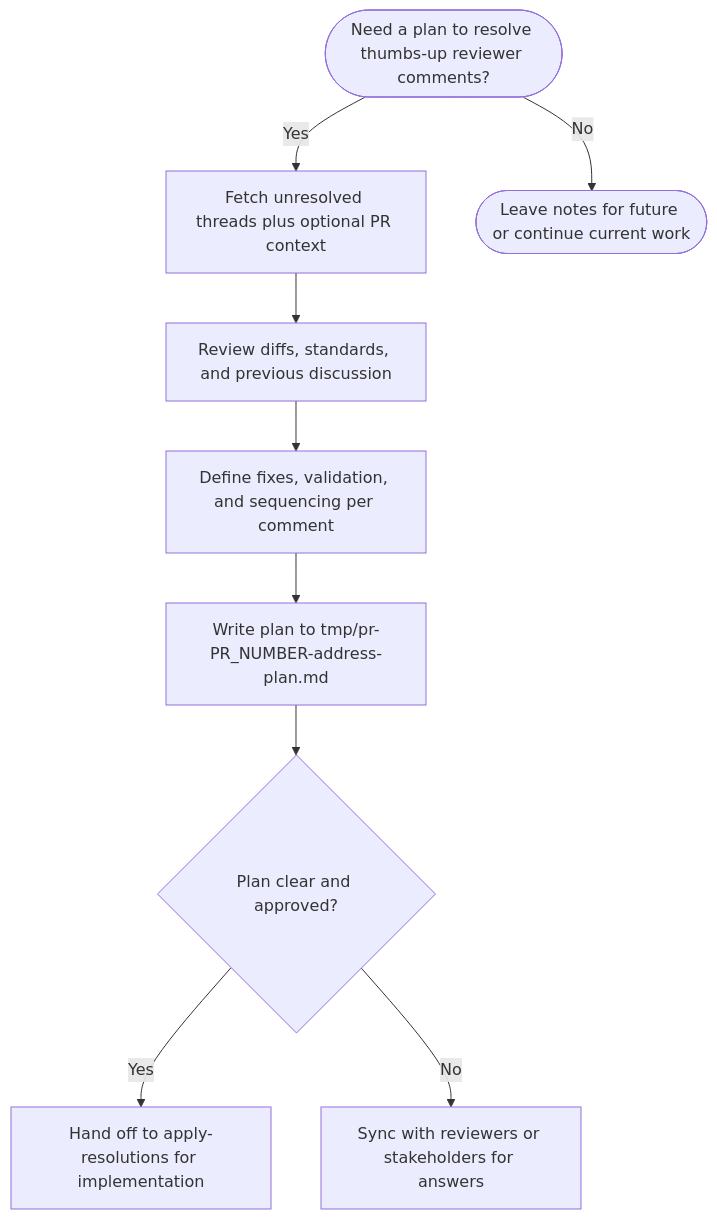
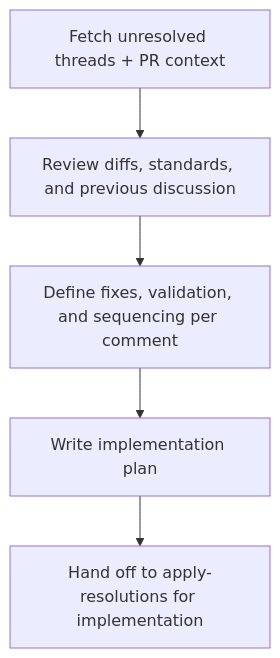
One commit to mkaczkowski/ai-command-library changed the fifth of 6 diagrams in README.md. Above: the diagram before and after it, drawn with Mermaid. The commit also changed other lines of this file, not shown here.

Commit message:
docs: enhance flowcharts in README.md for clarity and readability

````diff
--- a/README.md
+++ b/README.md
@@ -150,11 +148,8 @@
 ```mermaid
 flowchart TD
-    Prompt([Need a plan to resolve thumbs-up reviewer comments?]) -->|Yes| Gather[Fetch unresolved threads plus optional PR context]
+    Gather[Fetch unresolved threads + PR context]
     Gather --> Study[Review diffs, standards, and previous discussion]
     Study --> Strategize[Define fixes, validation, and sequencing per comment]
-    Strategize --> Document[Write plan to tmp/pr-PR_NUMBER-address-plan.md]
-    Document --> Align{Plan clear and approved?}
-    Align -->|Yes| Execute[Hand off to apply-resolutions for implementation]
-    Align -->|No| Clarify[Sync with reviewers or stakeholders for answers]
-    Prompt -->|No| Defer([Leave notes for future or continue current work])
+    Strategize --> Document[Write implementation plan]
+    Document --> Execute[Hand off to apply-resolutions for implementation]
 ```
````
